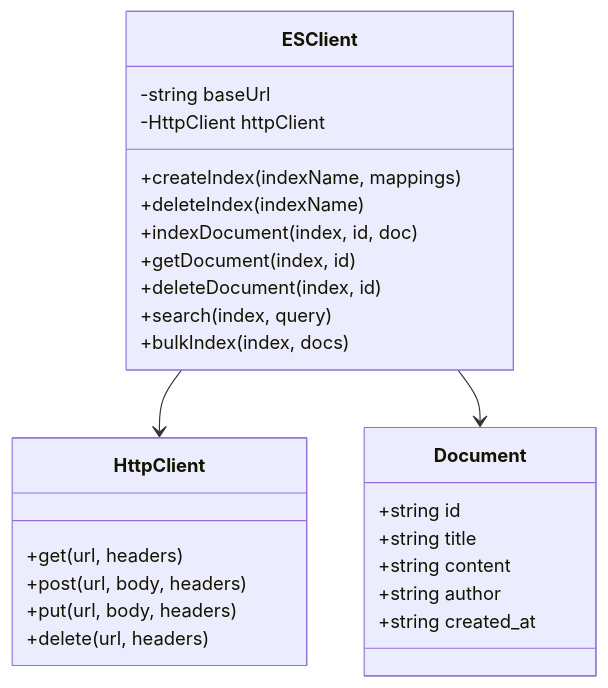
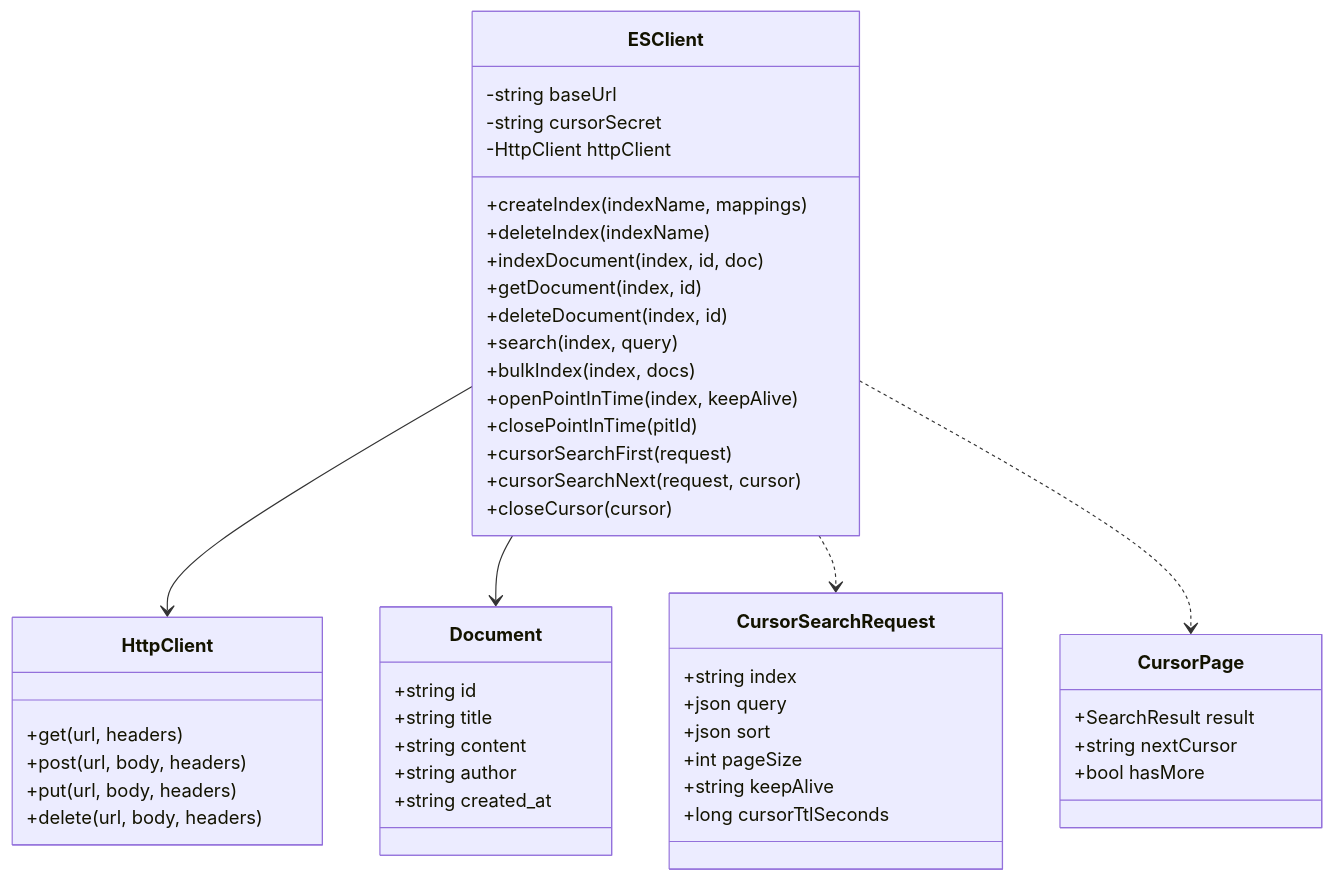
The second of 2 diagrams in docs/project_design.md (zhanglei10281852-gif/cc-091003-q001-es-cursor), drawn with Mermaid before and after one commit. The commit also changed other lines of this file and 13 other files, not shown here.

````diff
--- a/docs/project_design.md
+++ b/docs/project_design.md
@@ -28,32 +28,55 @@
 ```mermaid
 classDiagram
     class ESClient {
         -string baseUrl
+        -string cursorSecret
         -HttpClient httpClient
         +createIndex(indexName, mappings)
         +deleteIndex(indexName)
         +indexDocument(index, id, doc)
         +getDocument(index, id)
         +deleteDocument(index, id)
         +search(index, query)
         +bulkIndex(index, docs)
+        +openPointInTime(index, keepAlive)
+        +closePointInTime(pitId)
+        +cursorSearchFirst(request)
+        +cursorSearchNext(request, cursor)
+        +closeCursor(cursor)
     }
 
     class HttpClient {
         +get(url, headers)
         +post(url, body, headers)
         +put(url, body, headers)
-        +delete(url, headers)
+        +delete(url, body, headers)
+    }
+
+    class CursorSearchRequest {
+        +string index
+        +json query
+        +json sort
+        +int pageSize
+        +string keepAlive
+        +long cursorTtlSeconds
+    }
+
+    class CursorPage {
+        +SearchResult result
+        +string nextCursor
+        +bool hasMore
     }
 
     class Document {
         +string id
         +string title
         +string content
         +string author
         +string created_at
     }
 
     ESClient --> HttpClient
     ESClient --> Document
+    ESClient ..> CursorSearchRequest
+    ESClient ..> CursorPage
 ```
````
